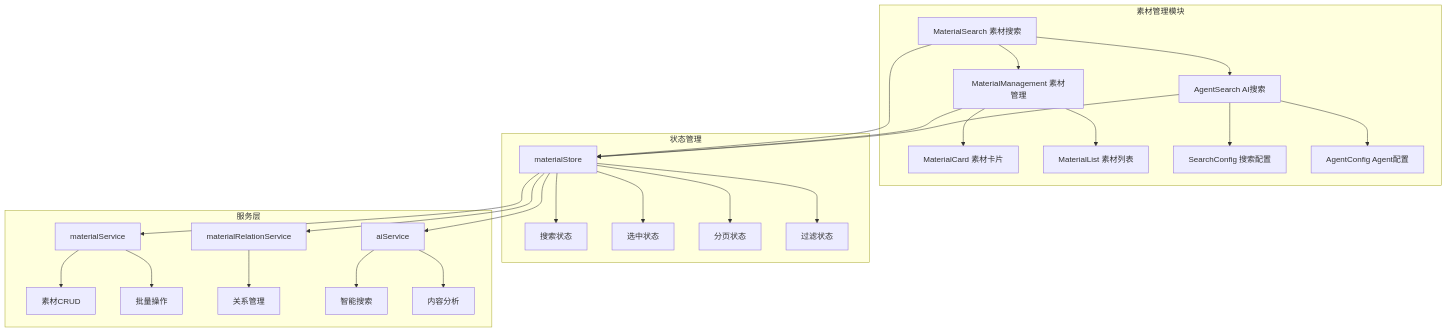
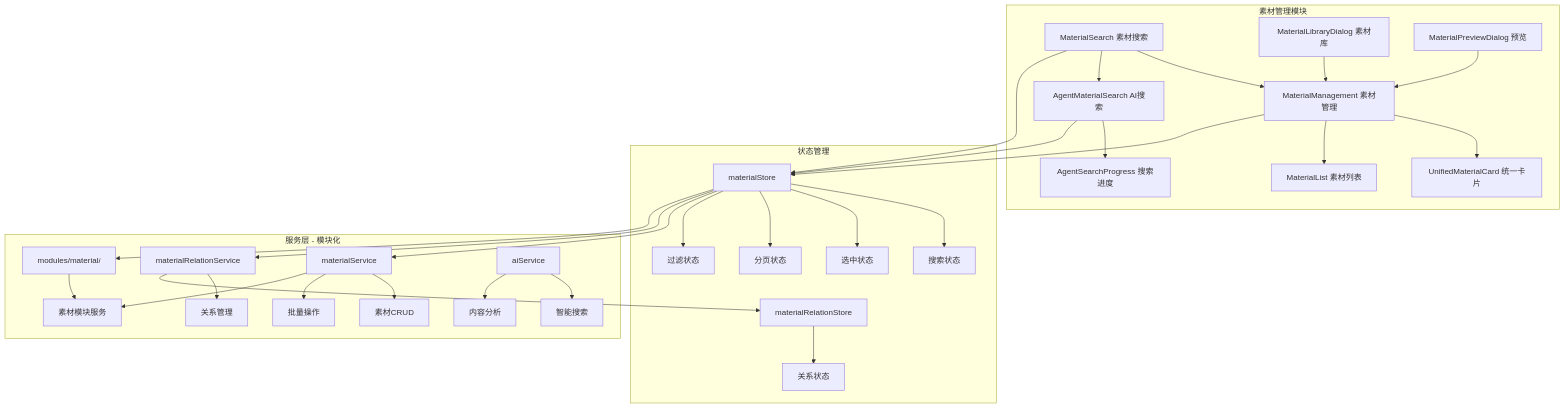
One commit to gastby-ghost/renews_frontend changed the seventh of 12 diagrams in 系统架构简化版.md. Above: the diagram before and after it, drawn with Mermaid. The commit also changed other lines of this file, not shown here.

````diff
--- a/系统架构简化版.md
+++ b/系统架构简化版.md
@@ -564,33 +922,38 @@
 ```mermaid
 graph TB
     subgraph "素材管理模块"
         A[MaterialSearch 素材搜索] --> B[MaterialManagement 素材管理]
-        A --> C[AgentSearch AI搜索]
-        B --> D[MaterialCard 素材卡片]
+        A --> C[AgentMaterialSearch AI搜索]
+        B --> D[UnifiedMaterialCard 统一卡片]
         B --> E[MaterialList 素材列表]
-        C --> F[SearchConfig 搜索配置]
-        C --> G[AgentConfig Agent配置]
+        C --> F[AgentSearchProgress 搜索进度]
+        G[MaterialLibraryDialog 素材库] --> B
+        H[MaterialPreviewDialog 预览] --> B
     end
 
     subgraph "状态管理"
-        H[materialStore] --> I[搜索状态]
-        H --> J[选中状态]
-        H --> K[分页状态]
-        H --> L[过滤状态]
+        I[materialStore] --> J[搜索状态]
+        I --> K[选中状态]
+        I --> L[分页状态]
+        I --> M[过滤状态]
+        N[materialRelationStore] --> O[关系状态]
     end
 
-    subgraph "服务层"
-        M[materialService] --> N[素材CRUD]
-        M --> O[批量操作]
-        P[materialRelationService] --> Q[关系管理]
-        R[aiService] --> S[智能搜索]
-        R --> T[内容分析]
+    subgraph "服务层 - 模块化"
+        P[materialService] --> Q[素材CRUD]
+        P --> R[批量操作]
+        S[materialRelationService] --> T[关系管理]
+        U[modules/material/] --> V[素材模块服务]
+        W[aiService] --> X[智能搜索]
+        W --> Y[内容分析]
     end
 
-    A --> H
-    B --> H
-    C --> H
-    H --> M
-    H --> P
-    H --> R
+    A --> I
+    B --> I
+    C --> I
+    I --> P
+    I --> S
+    I --> U
+    P --> V
+    S --> N
 ```
````
